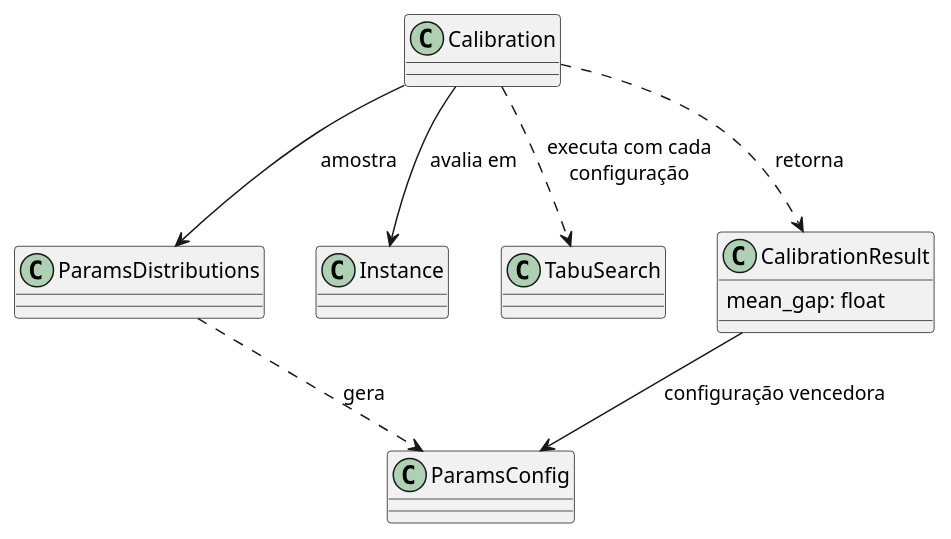
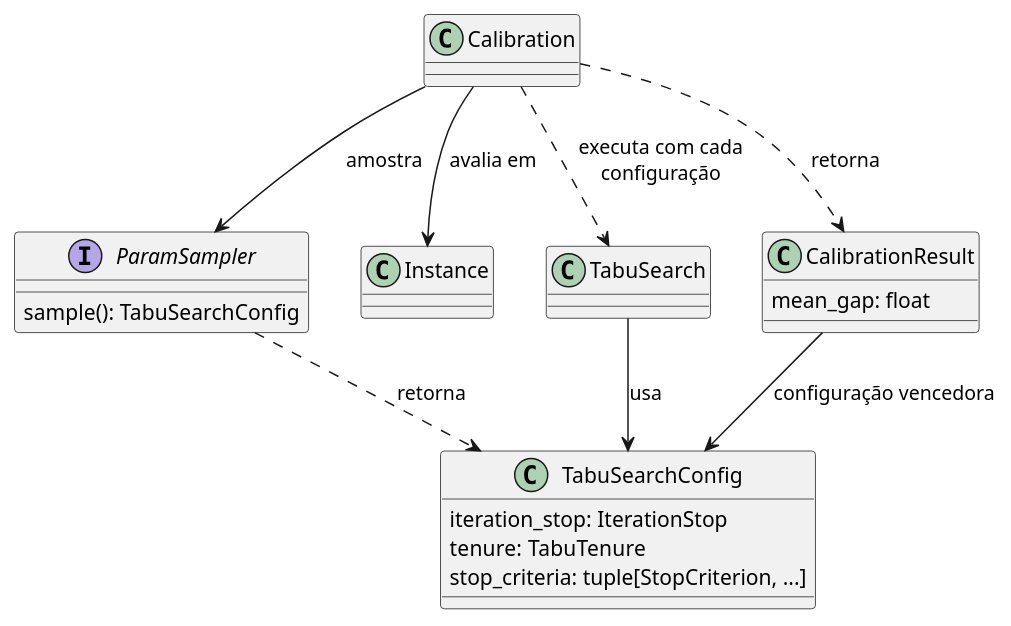
One commit to FelipePassarela/cvrp-tabu-search changed the diagram in docs/calibration-domain-model.puml. Above: the diagram before and after it, drawn with PlantUML. The commit also changed 20 other files, not shown here.

First line of the commit message:
✨ feat(calibration): sample tabu search parameters with Optuna

```diff
--- a/docs/calibration-domain-model.puml
+++ b/docs/calibration-domain-model.puml
@@ -1,18 +1,25 @@
 @startuml
 class Calibration
-class ParamsDistributions
-class ParamsConfig
+interface ParamSampler {
+    sample(): TabuSearchConfig
+}
+class TabuSearchConfig {
+    iteration_stop: IterationStop
+    tenure: TabuTenure
+    stop_criteria: tuple[StopCriterion, ...]
+}
 class Instance
 class TabuSearch
 
 class CalibrationResult {
     mean_gap: float
 }
 
-Calibration --> ParamsDistributions : amostra
-ParamsDistributions ..> ParamsConfig : gera
+Calibration --> ParamSampler : amostra
+ParamSampler ..> TabuSearchConfig : retorna
+TabuSearch --> TabuSearchConfig : usa
 Calibration --> Instance : avalia em
 Calibration ..> TabuSearch : executa com cada\nconfiguração
 Calibration ..> CalibrationResult : retorna
-CalibrationResult --> ParamsConfig : configuração vencedora
+CalibrationResult --> TabuSearchConfig : configuração vencedora
 @enduml
```
